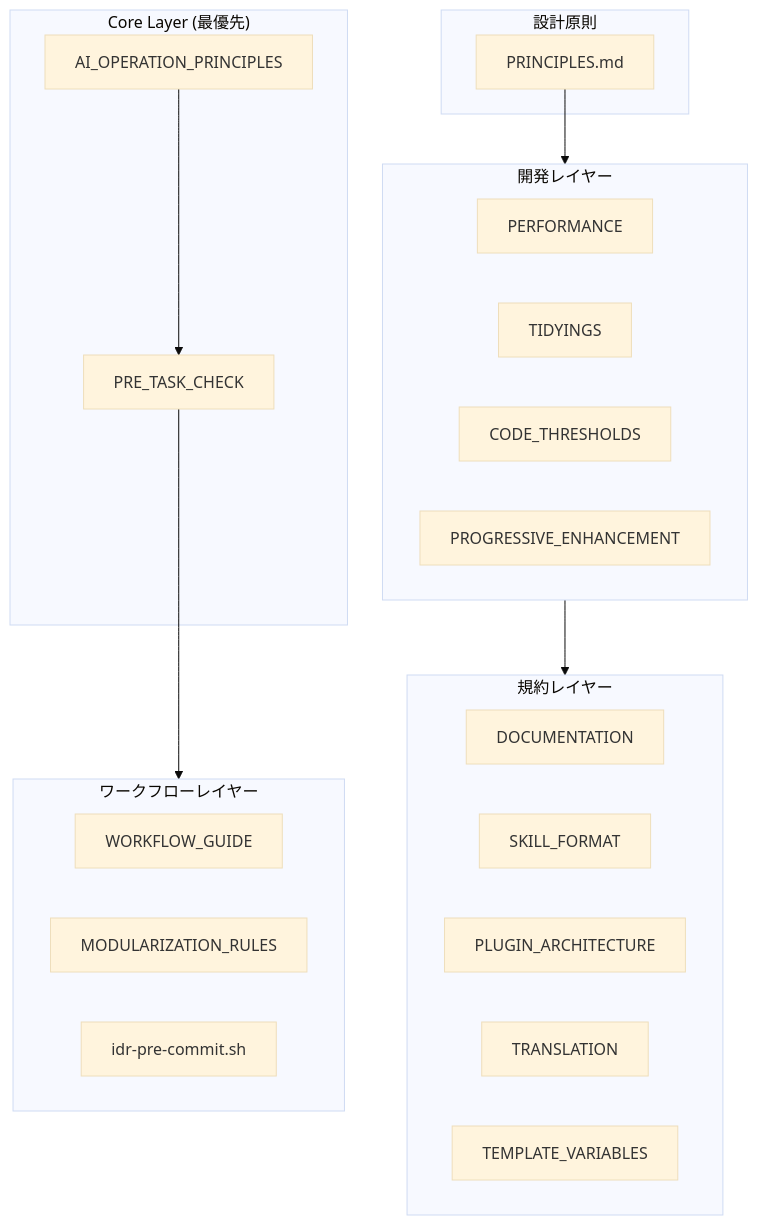
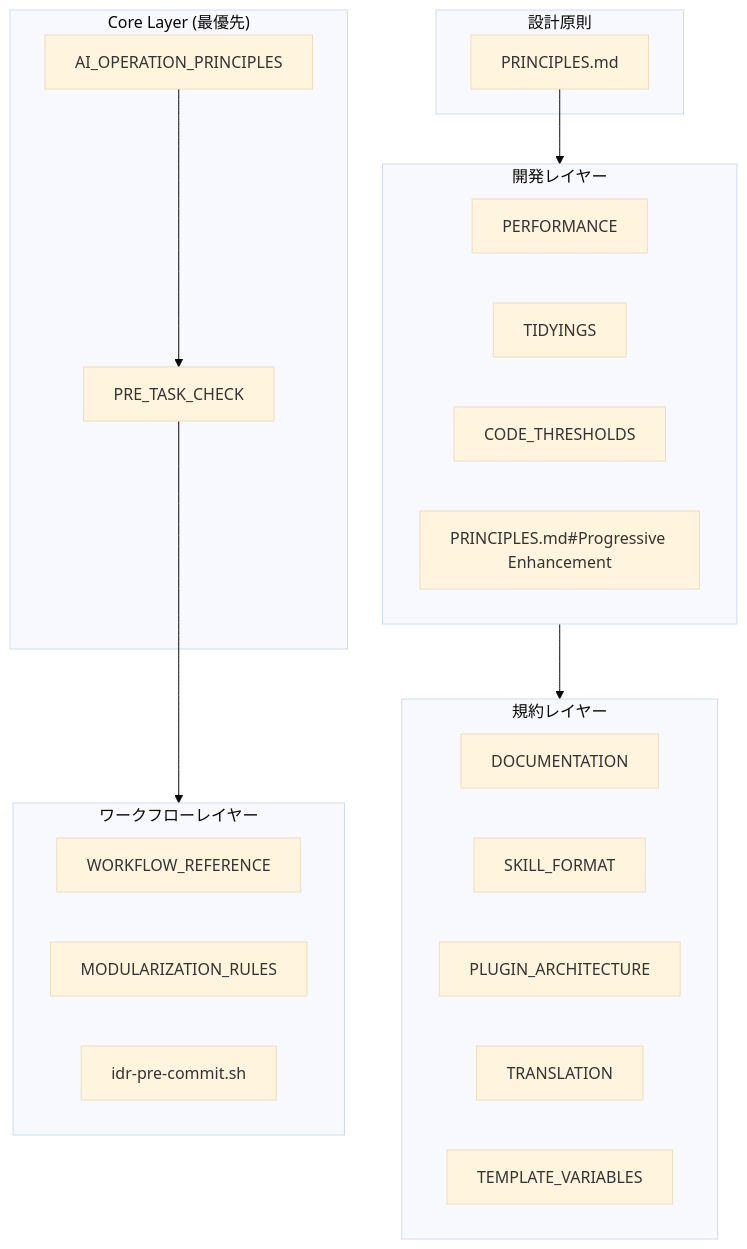
Before and after one commit to thkt/dotclaude: the first of 2 diagrams in .ja/docs/DESIGN.md, drawn with Mermaid (base theme). The commit also changed other lines of this file and 41 other files, not shown here.

````diff
--- a/.ja/docs/DESIGN.md
+++ b/.ja/docs/DESIGN.md
@@ -9,37 +9,37 @@
 ```mermaid
 graph TD
     subgraph Core["Core Layer (最優先)"]
         AOP[AI_OPERATION_PRINCIPLES]
         PTC[PRE_TASK_CHECK]
     end
 
     subgraph Principles["設計原則"]
         P[PRINCIPLES.md]
     end
 
     subgraph Development["開発レイヤー"]
         PERF[PERFORMANCE]
         TIDY[TIDYINGS]
         CODE[CODE_THRESHOLDS]
-        PROG[PROGRESSIVE_ENHANCEMENT]
+        PROG[PRINCIPLES.md#Progressive Enhancement]
     end
 
     subgraph Conventions["規約レイヤー"]
         DOC[DOCUMENTATION]
         SKILL[SKILL_FORMAT]
         PLUG[PLUGIN_ARCHITECTURE]
         TRANS[TRANSLATION]
         TEMP[TEMPLATE_VARIABLES]
     end
 
     subgraph Workflows["ワークフローレイヤー"]
-        WG[WORKFLOW_GUIDE]
+        WG[WORKFLOW_REFERENCE]
         MOD[MODULARIZATION_RULES]
         IDR[idr-pre-commit.sh]
     end
 
     AOP --> PTC
     P --> Development
     PTC --> Workflows
     Development --> Conventions
 ```
````
